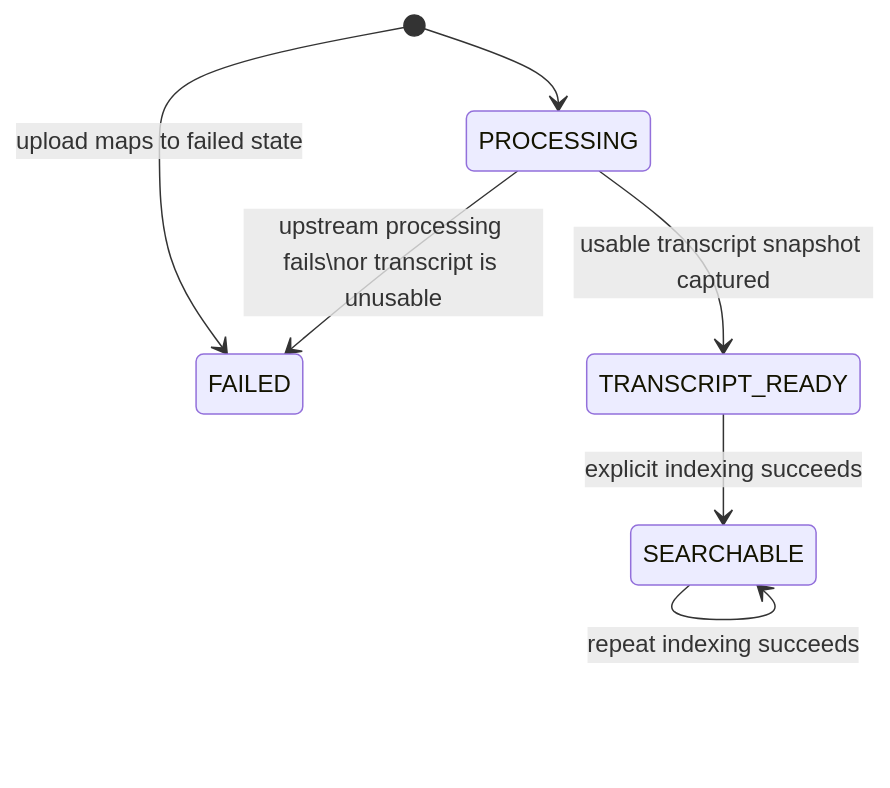
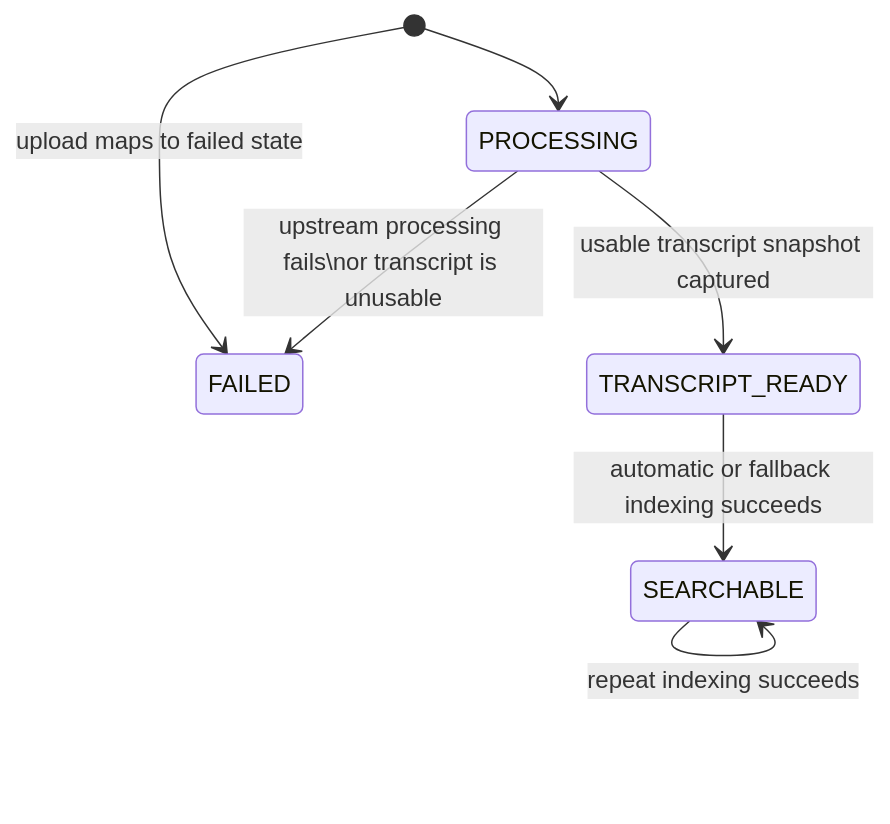
Before and after one commit to quangducnguyen1205/ai-knowledge-workspace: the fifth of 6 diagrams in docs/architecture/05-end-to-end-diagram-pack.md, drawn with Mermaid. The commit also changed other lines of this file and 13 other files, not shown here.

````diff
--- a/docs/architecture/05-end-to-end-diagram-pack.md
+++ b/docs/architecture/05-end-to-end-diagram-pack.md
@@ -190,9 +190,9 @@
 ```mermaid
 stateDiagram-v2
     [*] --> PROCESSING
     [*] --> FAILED: upload maps to failed state
     PROCESSING --> TRANSCRIPT_READY: usable transcript snapshot captured
     PROCESSING --> FAILED: upstream processing fails\nor transcript is unusable
-    TRANSCRIPT_READY --> SEARCHABLE: explicit indexing succeeds
+    TRANSCRIPT_READY --> SEARCHABLE: automatic or fallback indexing succeeds
     SEARCHABLE --> SEARCHABLE: repeat indexing succeeds
 ```
````
